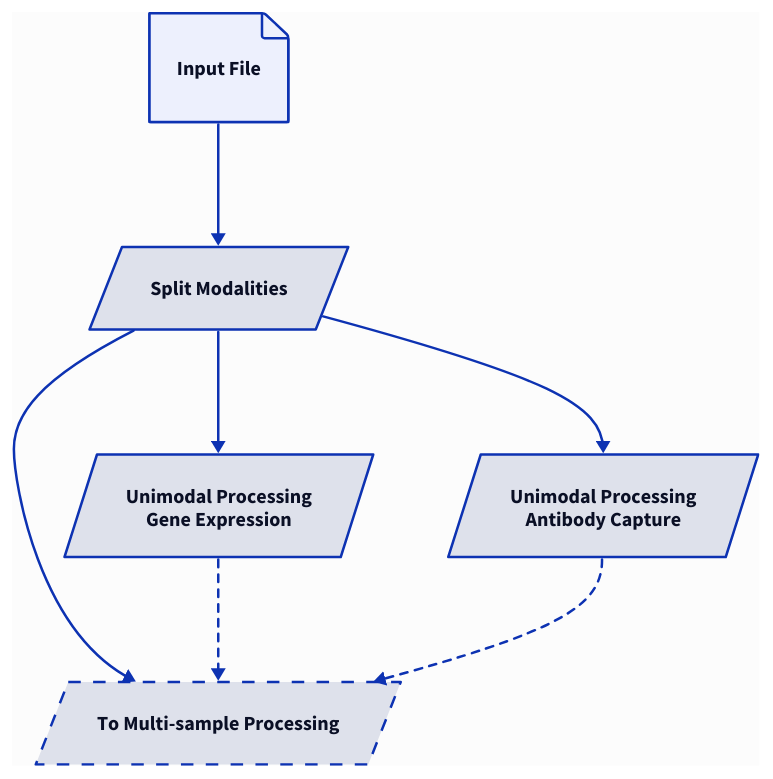
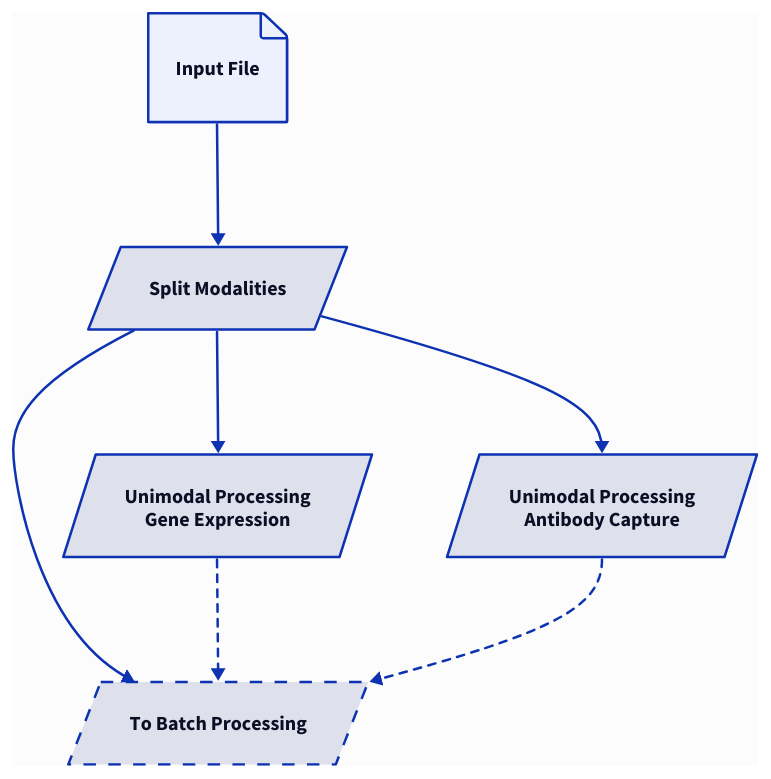
Before and after one commit to openpipelines-bio/website: the ninth of 18 diagrams in fundamentals/architecture.qmd, drawn with D2. The commit also changed other lines of this file, not shown here.

Commit message:
Start updating architecture page for next release

```diff
--- a/fundamentals/architecture.qmd
+++ b/fundamentals/architecture.qmd
@@ -360,43 +384,43 @@
 ~~~{.d2}
 file_input: Input File{
   shape: page
 }
 
 split: Split Modalities {
   shape: parallelogram
 }
 
 
 unimodal_gex: "Unimodal Processing\nGene Expression"{
   shape: parallelogram
 }
 
 unimodal_prot: "Unimodal Processing\nAntibody Capture"{
   shape: parallelogram
 }
 
 
-multisample: "To Multi-sample Processing"{
+multisample: "To Batch Processing"{
   shape: parallelogram
   style.stroke-dash: 5
 }
 
 
 file_input -> split
 split -> unimodal_gex
 split -> unimodal_prot
 split -> multisample
 
 unimodal_gex -> multisample {
   style.stroke-dash: 3
 }
 
 unimodal_prot -> multisample {
   style.stroke-dash: 3
 }
 
 style: {
   fill: "#FCFCFC"
 }
 
 ~~~
```
